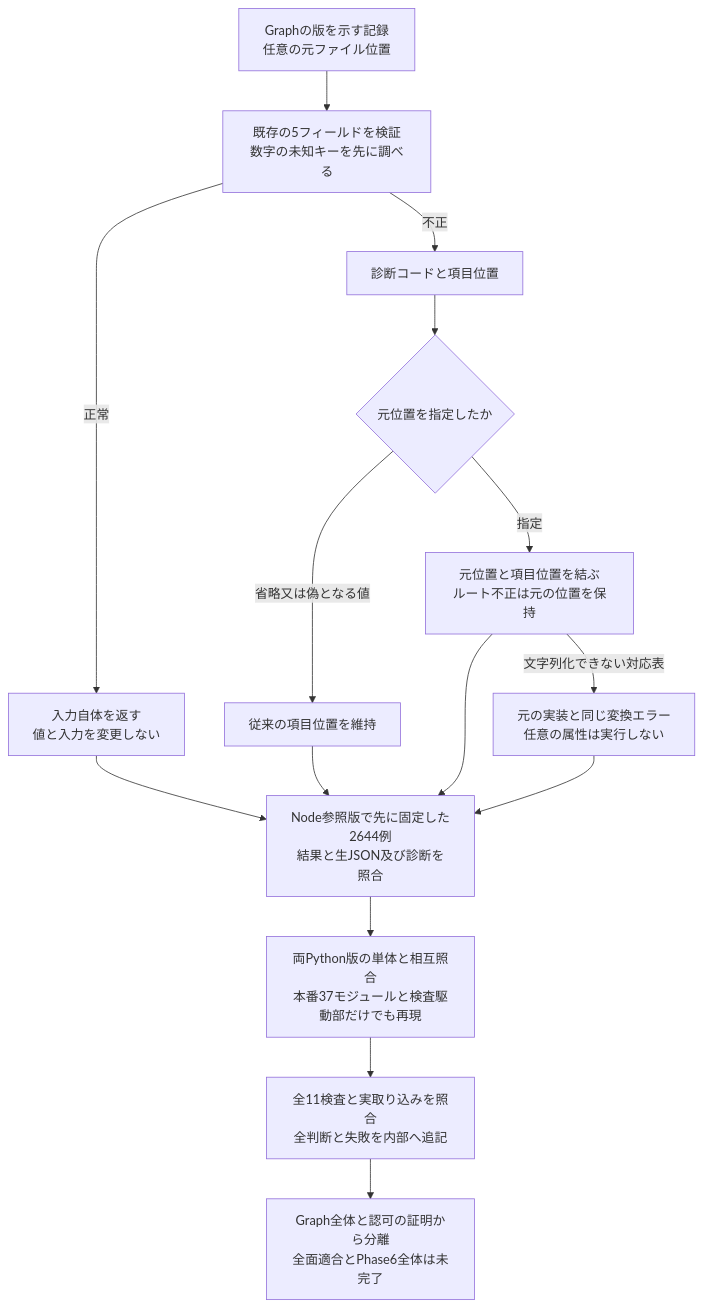
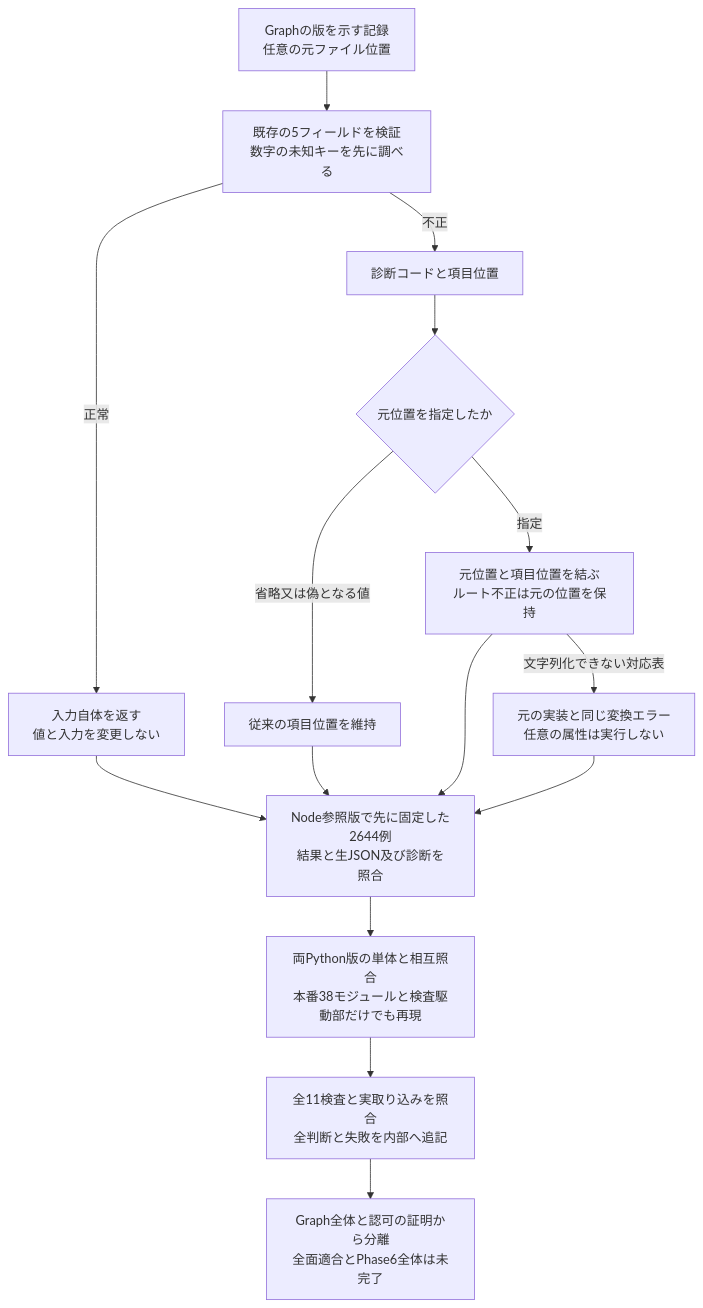
One commit to koukemo/morivyx changed the diagram in docs/diagrams/python-graph-revision.mmd. Above: the diagram before and after it, drawn with Mermaid. The commit also changed 17 other files, not shown here.

```diff
--- a/docs/diagrams/python-graph-revision.mmd
+++ b/docs/diagrams/python-graph-revision.mmd
@@ -1,15 +1,15 @@
 flowchart TD
   A[Graphの版を示す記録<br/>任意の元ファイル位置] --> B[既存の5フィールドを検証<br/>数字の未知キーを先に調べる]
   B -->|正常| C[入力自体を返す<br/>値と入力を変更しない]
   B -->|不正| D[診断コードと項目位置]
   D --> E{元位置を指定したか}
   E -->|省略又は偽となる値| F[従来の項目位置を維持]
   E -->|指定| G[元位置と項目位置を結ぶ<br/>ルート不正は元の位置を保持]
   G -->|文字列化できない対応表| H[元の実装と同じ変換エラー<br/>任意の属性は実行しない]
   C --> I[Node参照版で先に固定した2644例<br/>結果と生JSON及び診断を照合]
   F --> I
   G --> I
   H --> I
-  I --> J[両Python版の単体と相互照合<br/>本番37モジュールと検査駆動部だけでも再現]
+  I --> J[両Python版の単体と相互照合<br/>本番38モジュールと検査駆動部だけでも再現]
   J --> K[全11検査と実取り込みを照合<br/>全判断と失敗を内部へ追記]
   K --> L[Graph全体と認可の証明から分離<br/>全面適合とPhase6全体は未完了]
```
